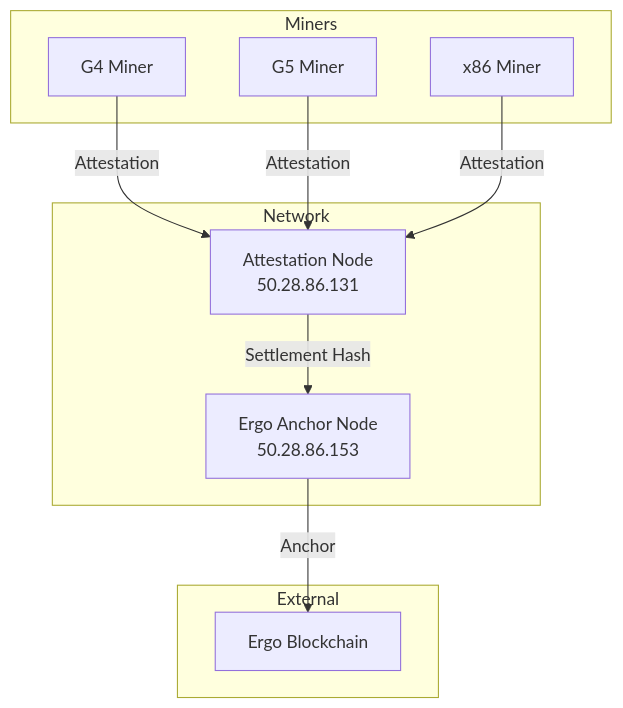
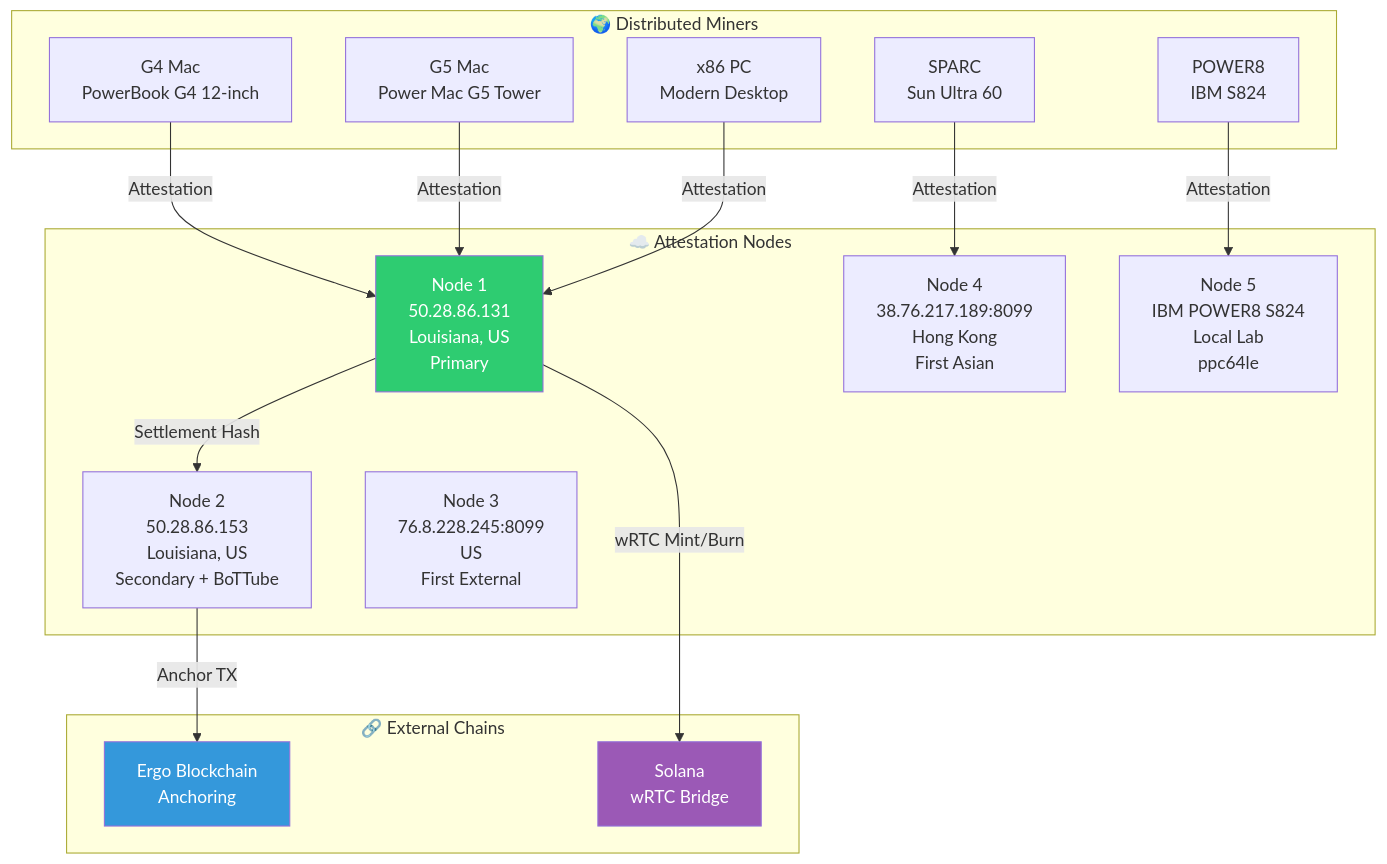
The fourth of 5 diagrams in docs/PROTOCOL.md (Scottcjn/Rustchain), drawn with Mermaid before and after one commit. The commit also changed other lines of this file, not shown here.

````diff
--- a/docs/PROTOCOL.md
+++ b/docs/PROTOCOL.md
@@ -163,23 +573,37 @@
 ```mermaid
 graph TB
-    subgraph Miners
-        M1[G4 Miner]
-        M2[G5 Miner]
-        M3[x86 Miner]
+    subgraph Miners["🌍 Distributed Miners"]
+        M1["G4 Mac<br/>PowerBook G4 12-inch"]
+        M2["G5 Mac<br/>Power Mac G5 Tower"]
+        M3["x86 PC<br/>Modern Desktop"]
+        M4["SPARC<br/>Sun Ultra 60"]
+        M5["POWER8<br/>IBM S824"]
     end
-    
-    subgraph Network
-        AN[Attestation Node<br>50.28.86.131]
-        EA[Ergo Anchor Node<br>50.28.86.153]
+
+    subgraph Nodes["☁️ Attestation Nodes"]
+        N1["Node 1<br/>50.28.86.131<br/>Louisiana, US<br/>Primary"]
+        N2["Node 2<br/>50.28.86.153<br/>Louisiana, US<br/>Secondary + BoTTube"]
+        N3["Node 3<br/>76.8.228.245:8099<br/>US<br/>First External"]
+        N4["Node 4<br/>38.76.217.189:8099<br/>Hong Kong<br/>First Asian"]
+        N5["Node 5<br/>IBM POWER8 S824<br/>Local Lab<br/>ppc64le"]
     end
-    
-    subgraph External
-        ERGO[Ergo Blockchain]
+
+    subgraph External["🔗 External Chains"]
+        ERGO["Ergo Blockchain<br/>Anchoring"]
+        SOLANA["Solana<br/>wRTC Bridge"]
     end
-    
-    M1 -->|Attestation| AN
-    M2 -->|Attestation| AN
-    M3 -->|Attestation| AN
-    AN -->|Settlement Hash| EA
-    EA -->|Anchor| ERGO
+
+    M1 -->|Attestation| N1
+    M2 -->|Attestation| N1
+    M3 -->|Attestation| N1
+    M4 -->|Attestation| N4
+    M5 -->|Attestation| N5
+
+    N1 -->|Settlement Hash| N2
+    N2 -->|Anchor TX| ERGO
+    N1 -->|wRTC Mint/Burn| SOLANA
+
+    style N1 fill:#2ecc71,color:#fff
+    style ERGO fill:#3498db,color:#fff
+    style SOLANA fill:#9b59b6,color:#fff
 ```
````
